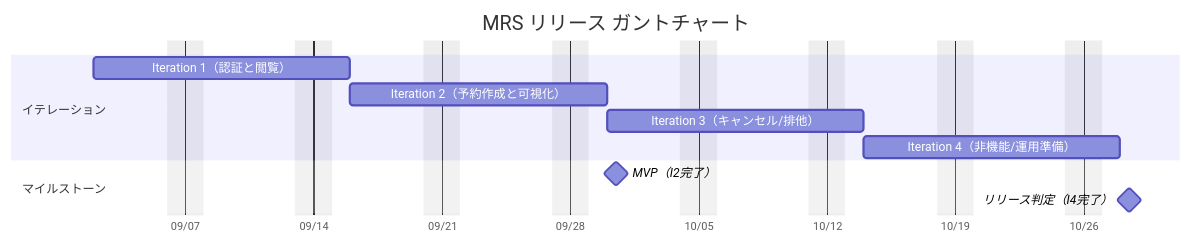
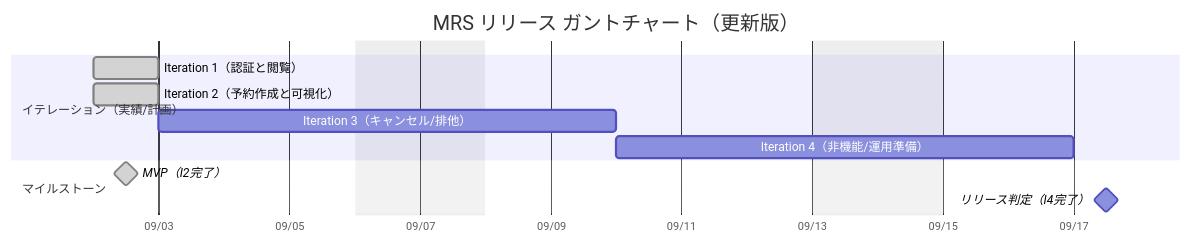
One commit to k2works/ai-programing-exercise changed the first of 2 diagrams in docs/requirements/リリース計画.md. Above: the diagram before and after it, drawn with Mermaid. The commit also changed other lines of this file and 1 other file, not shown here.

First line of the commit message:
docs: イテレーション2完了に伴うリリース計画更新とイテレーション3計画作成

````diff
--- a/docs/requirements/リリース計画.md
+++ b/docs/requirements/リリース計画.md
@@ -9,17 +15,17 @@
 ```mermaid
 gantt
-  title MRS リリース ガントチャート
+  title MRS リリース ガントチャート（更新版）
   dateFormat  YYYY-MM-DD
   axisFormat  %m/%d
   excludes    weekends
 
-  section イテレーション
-  Iteration 1（認証と閲覧）       :i1, 2025-09-02, 10d
-  Iteration 2（予約作成と可視化） :i2, after i1, 10d
-  Iteration 3（キャンセル/排他）  :i3, after i2, 10d
-  Iteration 4（非機能/運用準備）  :i4, after i3, 10d
+  section イテレーション（実績/計画）
+  Iteration 1（認証と閲覧）       :done, i1, 2025-09-02, 1d
+  Iteration 2（予約作成と可視化） :done, i2, 2025-09-02, 1d
+  Iteration 3（キャンセル/排他）  :i3, 2025-09-03, 5d
+  Iteration 4（非機能/運用準備）  :i4, after i3, 5d
 
   section マイルストーン
-  MVP（I2完了）                  :milestone, m1, after i2, 1d
+  MVP（I2完了）                  :milestone, done, m1, 2025-09-02, 1d
   リリース判定（I4完了）          :milestone, m2, after i4, 1d
 ```
````
